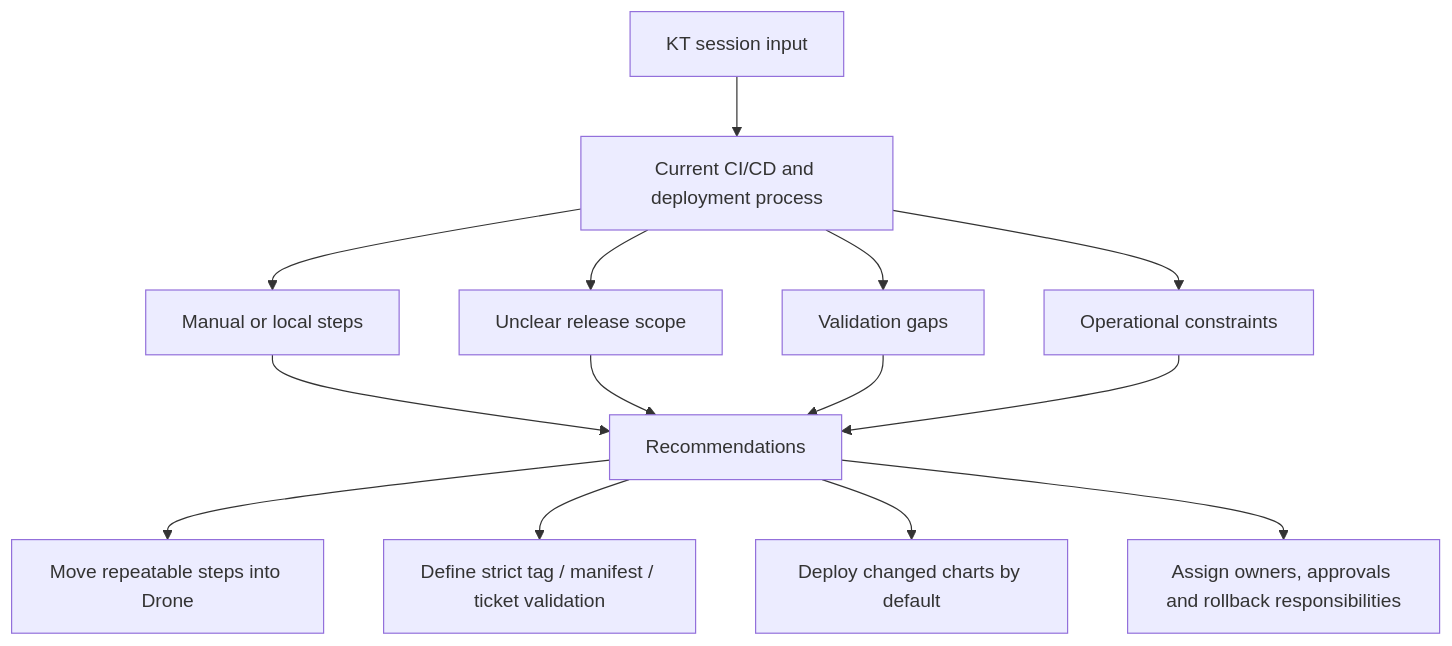
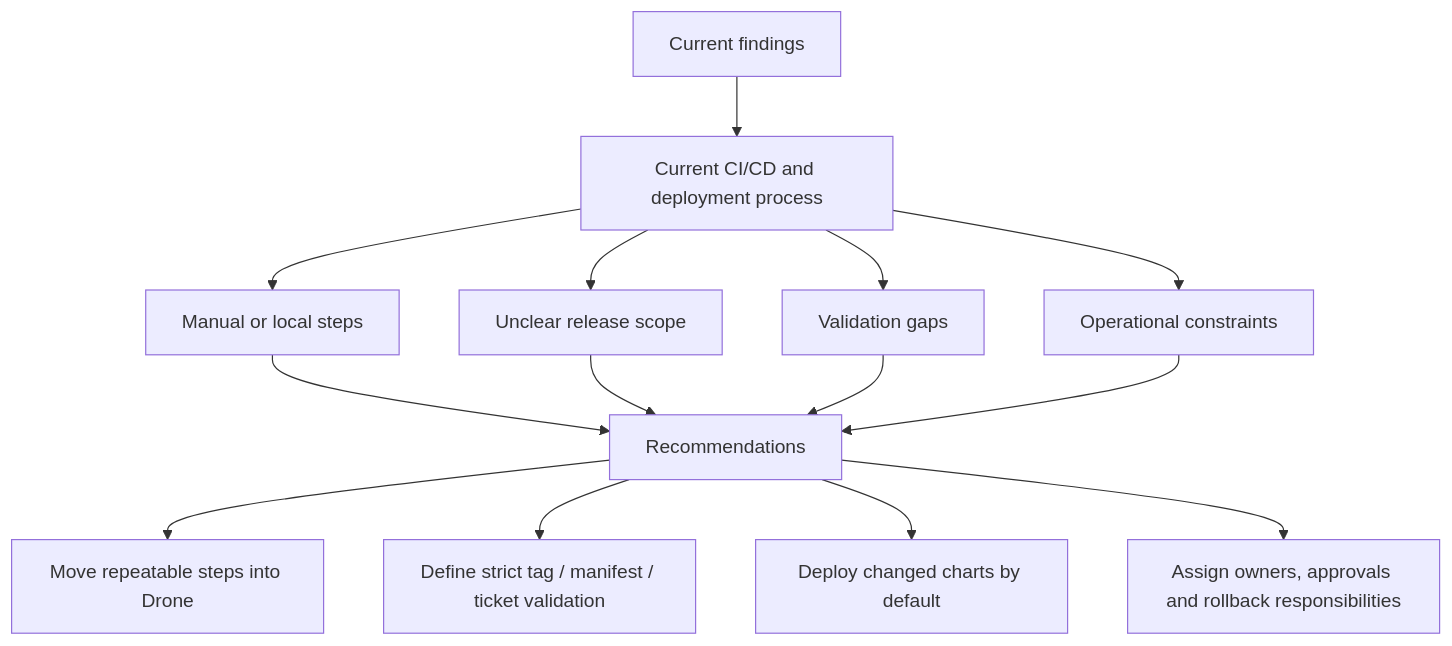
One commit to benanaktaspusulait/branching-strategy changed the diagram in docs/cicd-deployment-findings-and-actions.md. Above: the diagram before and after it, drawn with Mermaid. The commit also changed other lines of this file and 10 other files, not shown here.

````diff
--- a/docs/cicd-deployment-findings-and-actions.md
+++ b/docs/cicd-deployment-findings-and-actions.md
@@ -47,18 +47,18 @@
 ```mermaid
 flowchart TD
-  KT["KT session input"] --> CURRENT["Current CI/CD and deployment process"]
+  INPUT["Current findings"] --> CURRENT["Current CI/CD and deployment process"]
   CURRENT --> MANUAL["Manual or local steps"]
   CURRENT --> SCOPE["Unclear release scope"]
   CURRENT --> VALIDATION["Validation gaps"]
   CURRENT --> OPS["Operational constraints"]
 
   MANUAL --> REC["Recommendations"]
   SCOPE --> REC
   VALIDATION --> REC
   OPS --> REC
 
   REC --> AUTO["Move repeatable steps into Drone"]
   REC --> STRICT["Define strict tag / manifest / ticket validation"]
   REC --> CHANGED["Deploy changed charts by default"]
   REC --> OWNERS["Assign owners, approvals and rollback responsibilities"]
 ```
````
